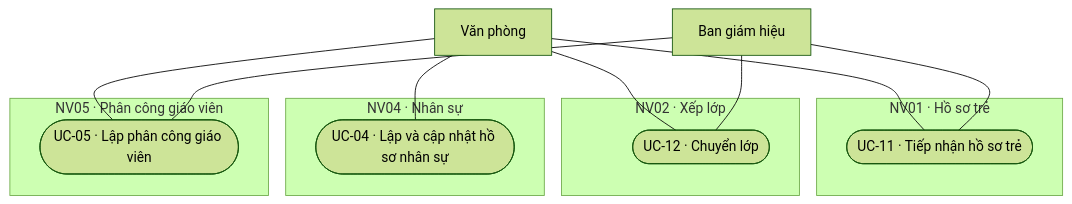
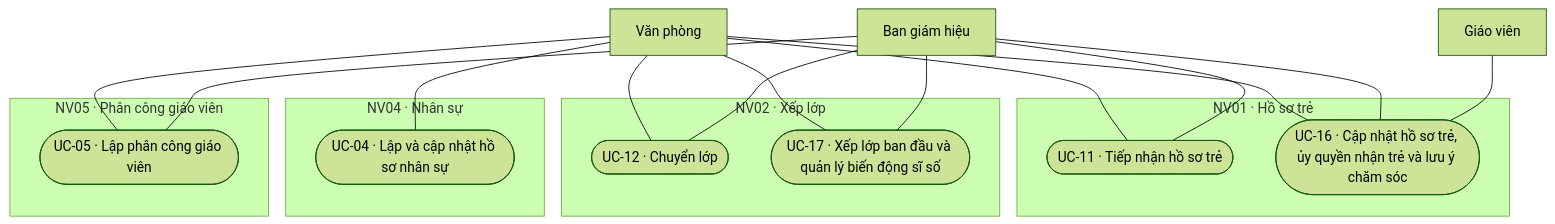
The second of 4 diagrams in docs/analysis/diagrams/use-case-toan-he-thong.md (CAMEL1204/Kindergarten-Management-System), drawn with Mermaid (forest theme) before and after one commit. The commit also changed other lines of this file and 14 other files, not shown here.

````diff
--- a/docs/analysis/diagrams/use-case-toan-he-thong.md
+++ b/docs/analysis/diagrams/use-case-toan-he-thong.md
@@ -7,24 +29,32 @@
 ```mermaid
 flowchart TD
     subgraph N01["NV01 · Hồ sơ trẻ"]
         U11(["UC-11 · Tiếp nhận hồ sơ trẻ"])
+        U16(["UC-16 · Cập nhật hồ sơ trẻ, ủy quyền nhận trẻ và lưu ý chăm sóc"])
     end
     subgraph N02["NV02 · Xếp lớp"]
         U12(["UC-12 · Chuyển lớp"])
+        U17(["UC-17 · Xếp lớp ban đầu và quản lý biến động sĩ số"])
     end
     subgraph N04["NV04 · Nhân sự"]
         U04(["UC-04 · Lập và cập nhật hồ sơ nhân sự"])
     end
     subgraph N05["NV05 · Phân công giáo viên"]
         U05(["UC-05 · Lập phân công giáo viên"])
     end
     A1["Văn phòng"]
     A2["Ban giám hiệu"]
+    A3["Giáo viên"]
     A1 --- U11
     A2 --- U11
+    A1 --- U16
+    A2 --- U16
+    A3 --- U16
     A1 --- U12
     A2 --- U12
+    A1 --- U17
+    A2 --- U17
     A1 --- U04
     A1 --- U05
     A2 --- U05
 ```
````
